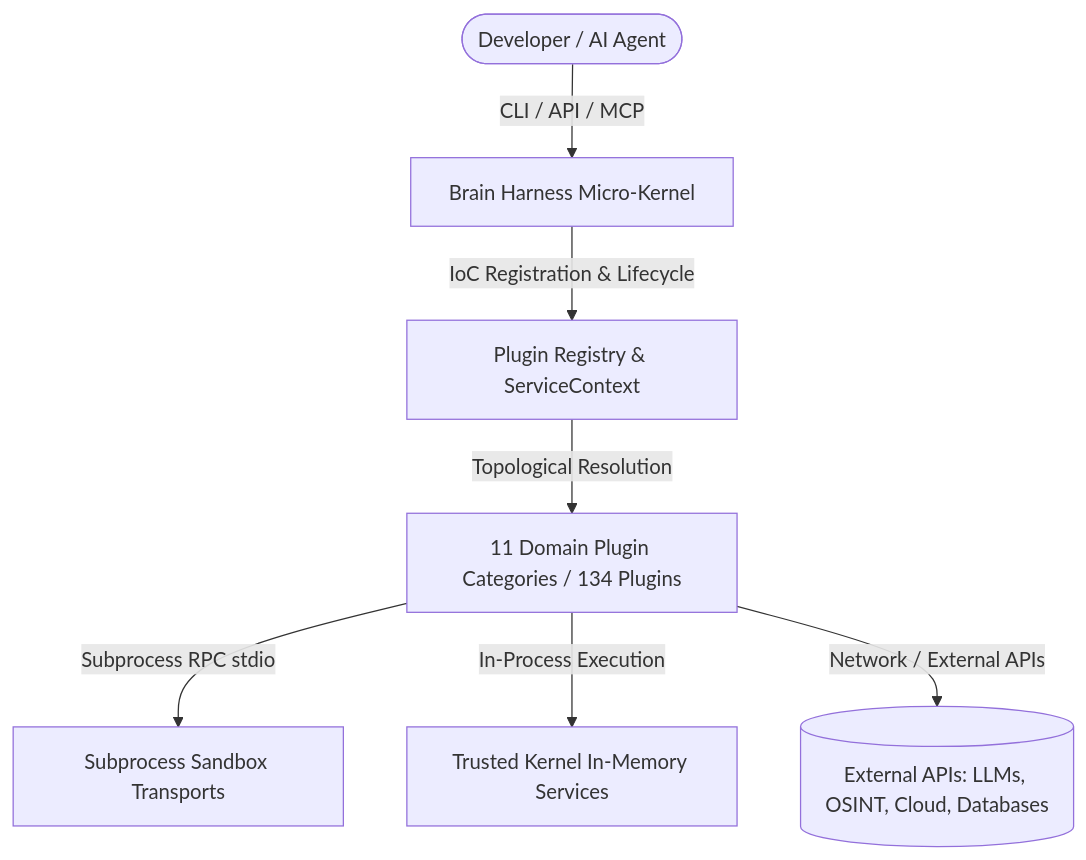
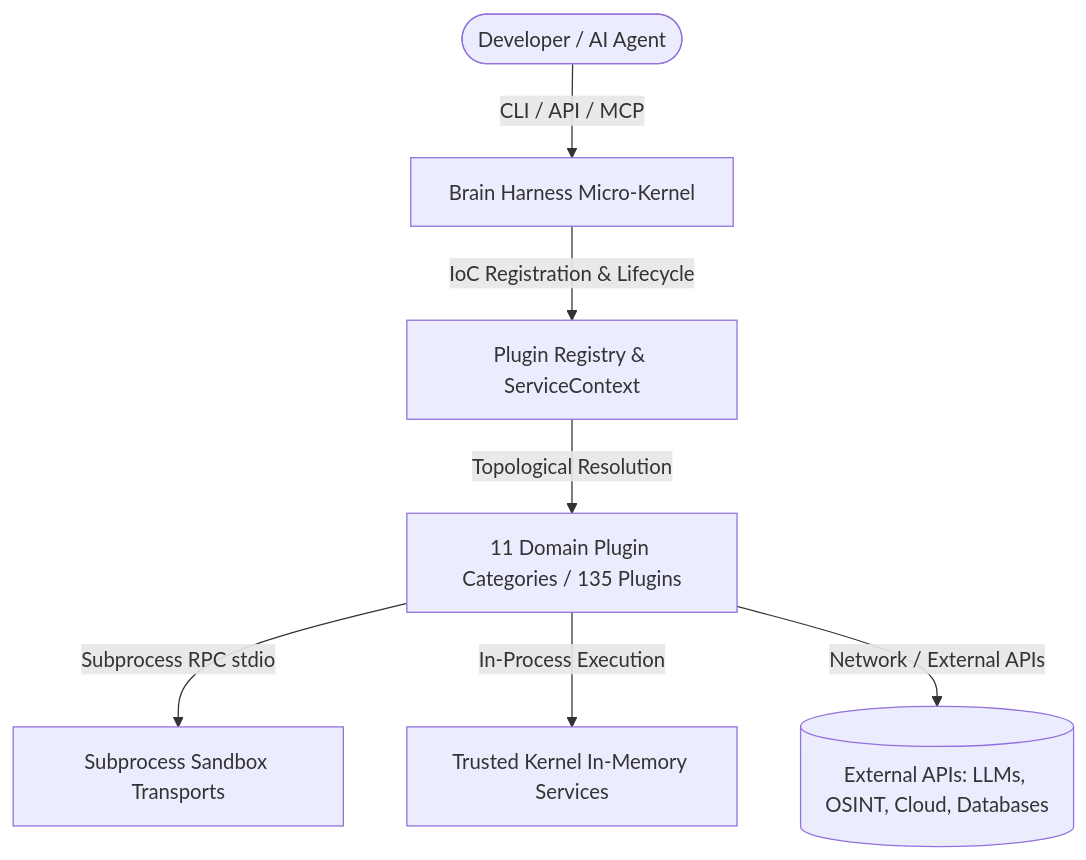
One commit to SpectreDeath/Brain-Harness changed the first of 2 diagrams in plugins/README.md. Above: the diagram before and after it, drawn with Mermaid. The commit also changed 121 other files, not shown here.

````diff
--- a/plugins/README.md
+++ b/plugins/README.md
@@ -11,9 +11,9 @@
 ```mermaid
 flowchart TD
     User([Developer / AI Agent]) -->|CLI / API / MCP| Kernel[Brain Harness Micro-Kernel]
     Kernel -->|IoC Registration & Lifecycle| Registry[Plugin Registry & ServiceContext]
-    Registry -->|Topological Resolution| Plugins[11 Domain Plugin Categories / 134 Plugins]
+    Registry -->|Topological Resolution| Plugins[11 Domain Plugin Categories / 135 Plugins]
     Plugins -->|Subprocess RPC stdio| Sandbox[Subprocess Sandbox Transports]
     Plugins -->|In-Process Execution| CoreServices[Trusted Kernel In-Memory Services]
     Plugins -->|Network / External APIs| External[(External APIs: LLMs, OSINT, Cloud, Databases)]
 ```
````
